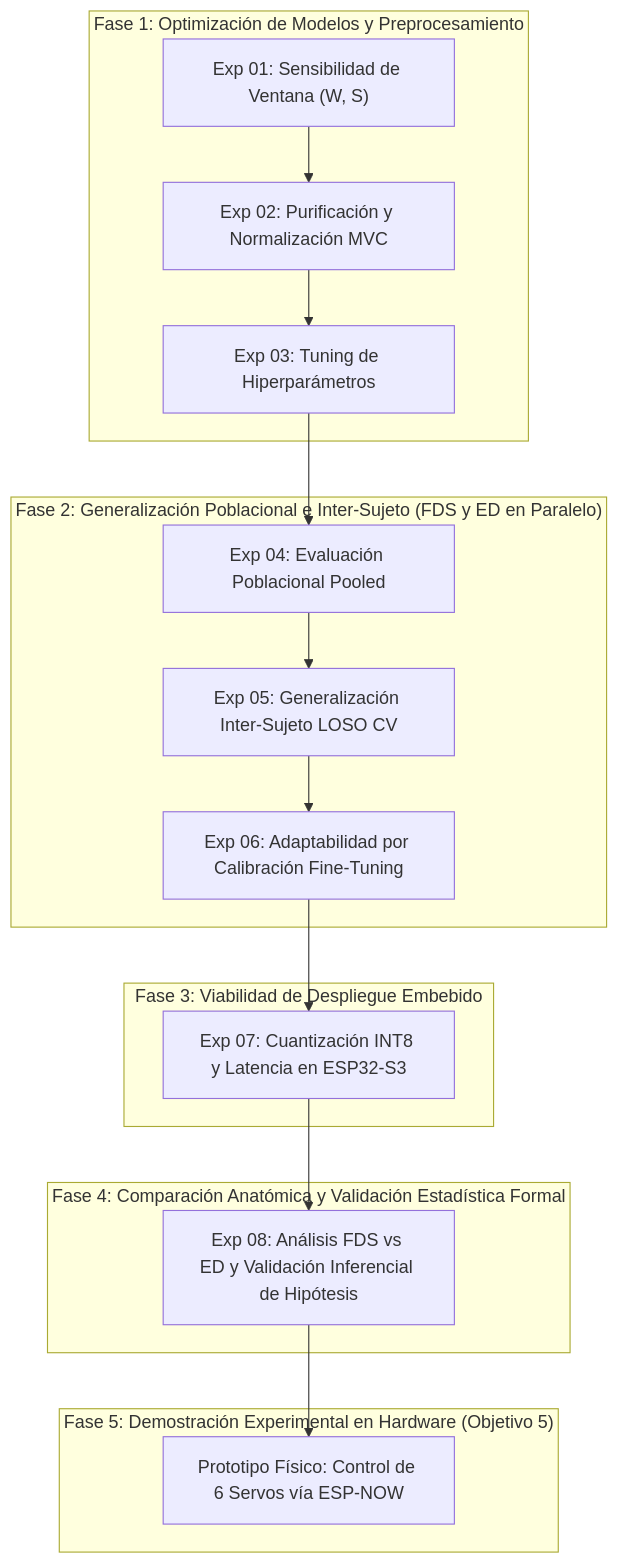
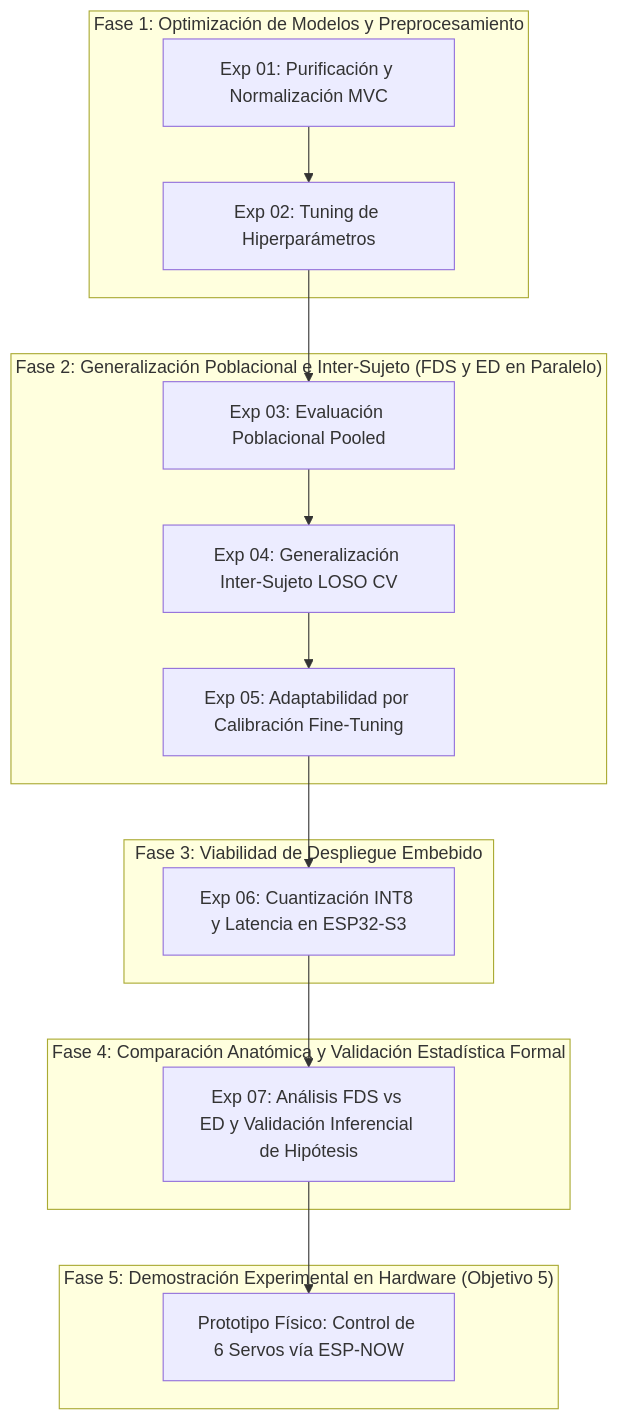
Before and after one commit to elSebee/MyoTensor_Tesis: the diagram in intelligence/src/experimentos/PLAN_EXPERIMENTOS.md, drawn with Mermaid. The commit also changed other lines of this file and 11 other files, not shown here.

````diff
--- a/intelligence/src/experimentos/PLAN_EXPERIMENTOS.md
+++ b/intelligence/src/experimentos/PLAN_EXPERIMENTOS.md
@@ -38,32 +38,31 @@
 ```mermaid
 graph TD
     subgraph F1 ["Fase 1: Optimización de Modelos y Preprocesamiento"]
-        E1["Exp 01: Sensibilidad de Ventana (W, S)"] --> E2["Exp 02: Purificación y Normalización MVC"]
-        E2 --> E3["Exp 03: Tuning de Hiperparámetros"]
+        E1["Exp 01: Purificación y Normalización MVC"] --> E2["Exp 02: Tuning de Hiperparámetros"]
     end
     
     subgraph F2 ["Fase 2: Generalización Poblacional e Inter-Sujeto (FDS y ED en Paralelo)"]
-        E4["Exp 04: Evaluación Poblacional Pooled"]
-        E5["Exp 05: Generalización Inter-Sujeto LOSO CV"]
-        E6["Exp 06: Adaptabilidad por Calibración Fine-Tuning"]
+        E3["Exp 03: Evaluación Poblacional Pooled"]
+        E4["Exp 04: Generalización Inter-Sujeto LOSO CV"]
+        E5["Exp 05: Adaptabilidad por Calibración Fine-Tuning"]
+        E3 --> E4
         E4 --> E5
-        E5 --> E6
     end
     
     subgraph F3 ["Fase 3: Viabilidad de Despliegue Embebido"]
-        E7["Exp 07: Cuantización INT8 y Latencia en ESP32-S3"]
+        E6["Exp 06: Cuantización INT8 y Latencia en ESP32-S3"]
     end
 
     subgraph F4 ["Fase 4: Comparación Anatómica y Validación Estadística Formal"]
-        E8["Exp 08: Análisis FDS vs ED y Validación Inferencial de Hipótesis"]
+        E7["Exp 07: Análisis FDS vs ED y Validación Inferencial de Hipótesis"]
     end
 
     subgraph F5 ["Fase 5: Demostración Experimental en Hardware (Objetivo 5)"]
         V1["Prototipo Físico: Control de 6 Servos vía ESP-NOW"]
     end
 
-    E3 --> E4
+    E2 --> E3
+    E5 --> E6
     E6 --> E7
-    E7 --> E8
-    E8 --> V1
+    E7 --> V1
 ```
````
